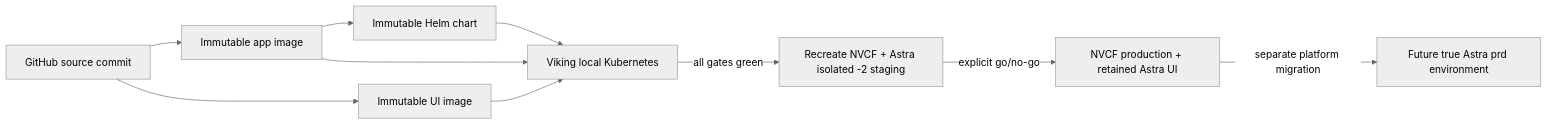
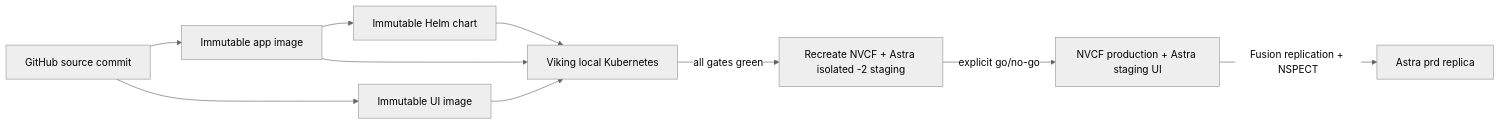
Before and after one commit to nv-nikkulkarni/nemotron-voice-agent: the diagram in skills/operate-nemotron-voice-agent/references/deployment-flow.md, drawn with Mermaid (neutral theme). The commit also changed other lines of this file and 6 other files, not shown here.

Commit message:
docs(deploy): record Astra production promotion

````diff
--- a/skills/operate-nemotron-voice-agent/references/deployment-flow.md
+++ b/skills/operate-nemotron-voice-agent/references/deployment-flow.md
@@ -20,21 +20,21 @@
 ```mermaid
 flowchart LR
     SRC["GitHub source commit"]
     APP["Immutable app image"]
     UI["Immutable UI image"]
     CHART["Immutable Helm chart"]
     V["Viking local Kubernetes"]
     S["Recreate NVCF + Astra isolated -2 staging"]
-    P["NVCF production + retained Astra UI"]
-    PRD["Future true Astra prd environment"]
+    P["NVCF production + Astra staging UI"]
+    PRD["Astra prd replica"]
 
     SRC --> APP
     SRC --> UI
     APP --> CHART
     APP --> V
     UI --> V
     CHART --> V
     V -->|"all gates green"| S
     S -->|"explicit go/no-go"| P
-    P -->|"separate platform migration"| PRD
+    P -->|"Fusion replication + NSPECT"| PRD
 ```
````
